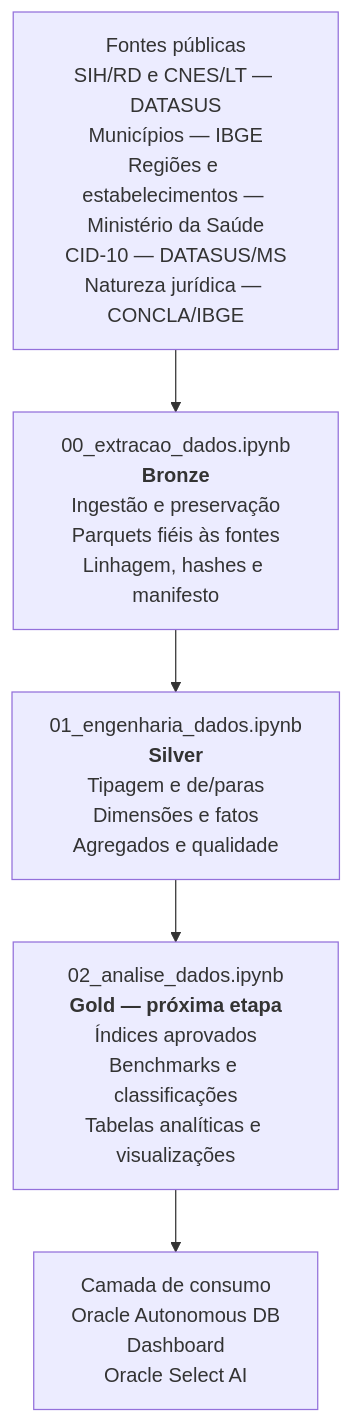
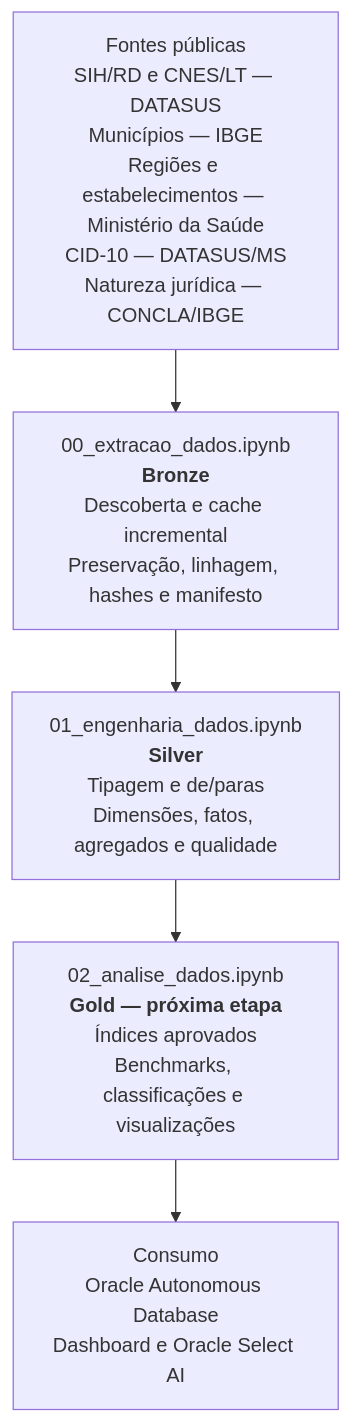
The diagram in README.md (Lucas-D-S-1/medflow), drawn with Mermaid before and after one commit. The commit also changed other lines of this file and 11 other files, not shown here.

````diff
--- a/README.md
+++ b/README.md
@@ -57,14 +56,9 @@
 ```mermaid
 flowchart TD
     A["Fontes públicas<br/>SIH/RD e CNES/LT — DATASUS<br/>Municípios — IBGE<br/>Regiões e estabelecimentos — Ministério da Saúde<br/>CID-10 — DATASUS/MS<br/>Natureza jurídica — CONCLA/IBGE"]
-
-    B["00_extracao_dados.ipynb<br/><b>Bronze</b><br/>Ingestão e preservação<br/>Parquets fiéis às fontes<br/>Linhagem, hashes e manifesto"]
-
-    C["01_engenharia_dados.ipynb<br/><b>Silver</b><br/>Tipagem e de/paras<br/>Dimensões e fatos<br/>Agregados e qualidade"]
-
-    D["02_analise_dados.ipynb<br/><b>Gold — próxima etapa</b><br/>Índices aprovados<br/>Benchmarks e classificações<br/>Tabelas analíticas e visualizações"]
-
-    E["Camada de consumo<br/>Oracle Autonomous DB<br/>Dashboard<br/>Oracle Select AI"]
-
+    B["00_extracao_dados.ipynb<br/><b>Bronze</b><br/>Descoberta e cache incremental<br/>Preservação, linhagem, hashes e manifesto"]
+    C["01_engenharia_dados.ipynb<br/><b>Silver</b><br/>Tipagem e de/paras<br/>Dimensões, fatos, agregados e qualidade"]
+    D["02_analise_dados.ipynb<br/><b>Gold — próxima etapa</b><br/>Índices aprovados<br/>Benchmarks, classificações e visualizações"]
+    E["Consumo<br/>Oracle Autonomous Database<br/>Dashboard e Oracle Select AI"]
     A --> B --> C --> D --> E
 ```
````
